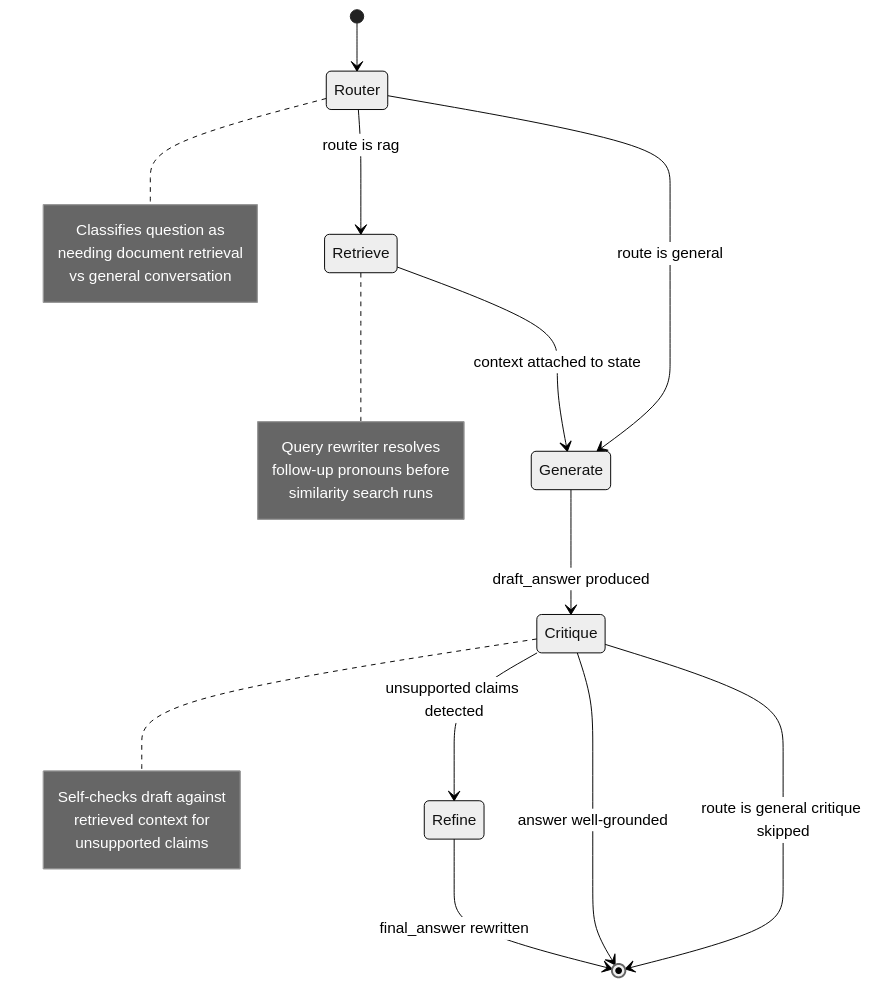
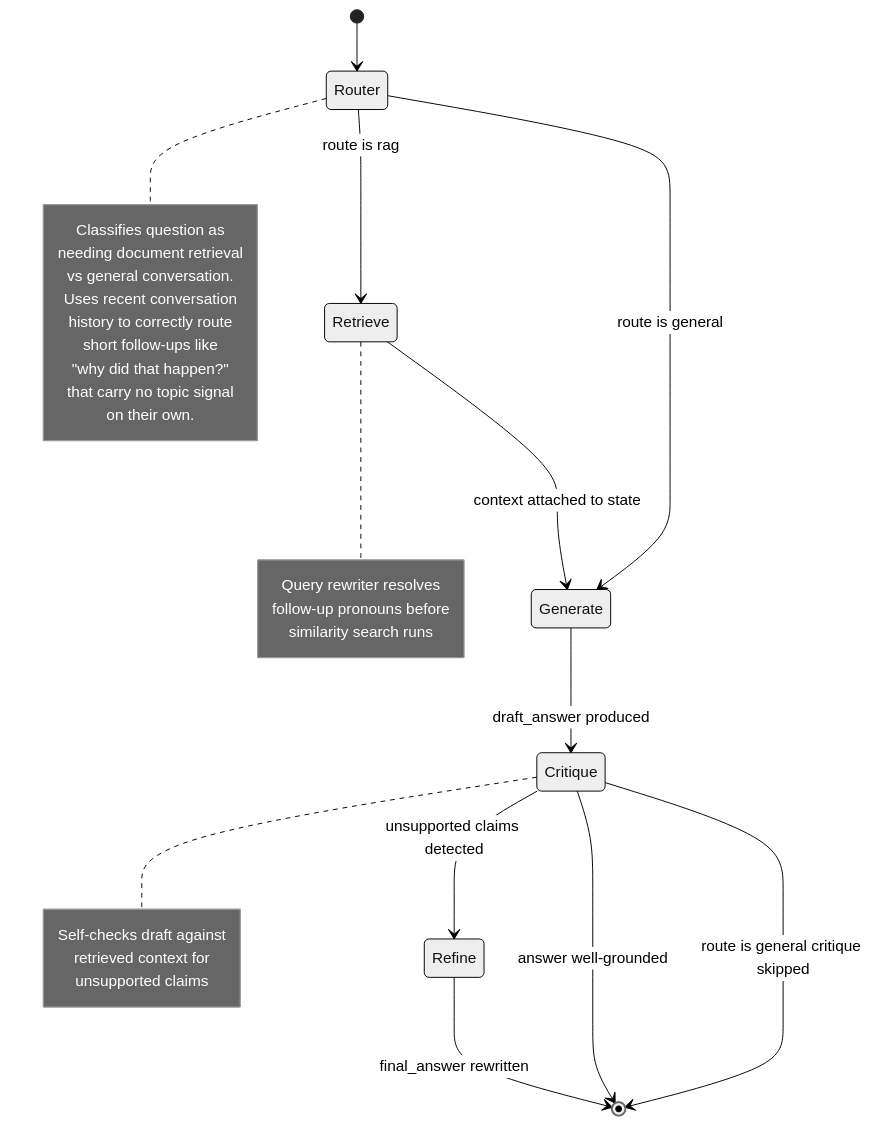
One commit to SameerAhmedAI/Rag-Chatbot-LangGraph changed the diagram in docs/langgraph_state_diagram.mmd. Above: the diagram before and after it, drawn with Mermaid (neutral theme). The commit also changed 5 other files, not shown here.

```diff
--- a/docs/langgraph_state_diagram.mmd
+++ b/docs/langgraph_state_diagram.mmd
@@ -1,28 +1,34 @@
 stateDiagram-v2
     [*] --> Router
     Router --> Retrieve: route is rag
     Router --> Generate: route is general
     Retrieve --> Generate: context attached to state
     Generate --> Critique: draft_answer produced
     Critique --> [*]: route is general critique skipped
     Critique --> Refine: unsupported claims detected
     Critique --> [*]: answer well-grounded
     Refine --> [*]: final_answer rewritten
 
     note right of Router
         Classifies question as
         needing document retrieval
-        vs general conversation
+        vs general conversation.
+        Uses recent conversation
+        history to correctly route
+        short follow-ups like
+        "why did that happen?"
+        that carry no topic signal
+        on their own.
     end note
 
     note right of Retrieve
         Query rewriter resolves
         follow-up pronouns before
         similarity search runs
     end note
 
     note right of Critique
         Self-checks draft against
         retrieved context for
         unsupported claims
     end note
```
